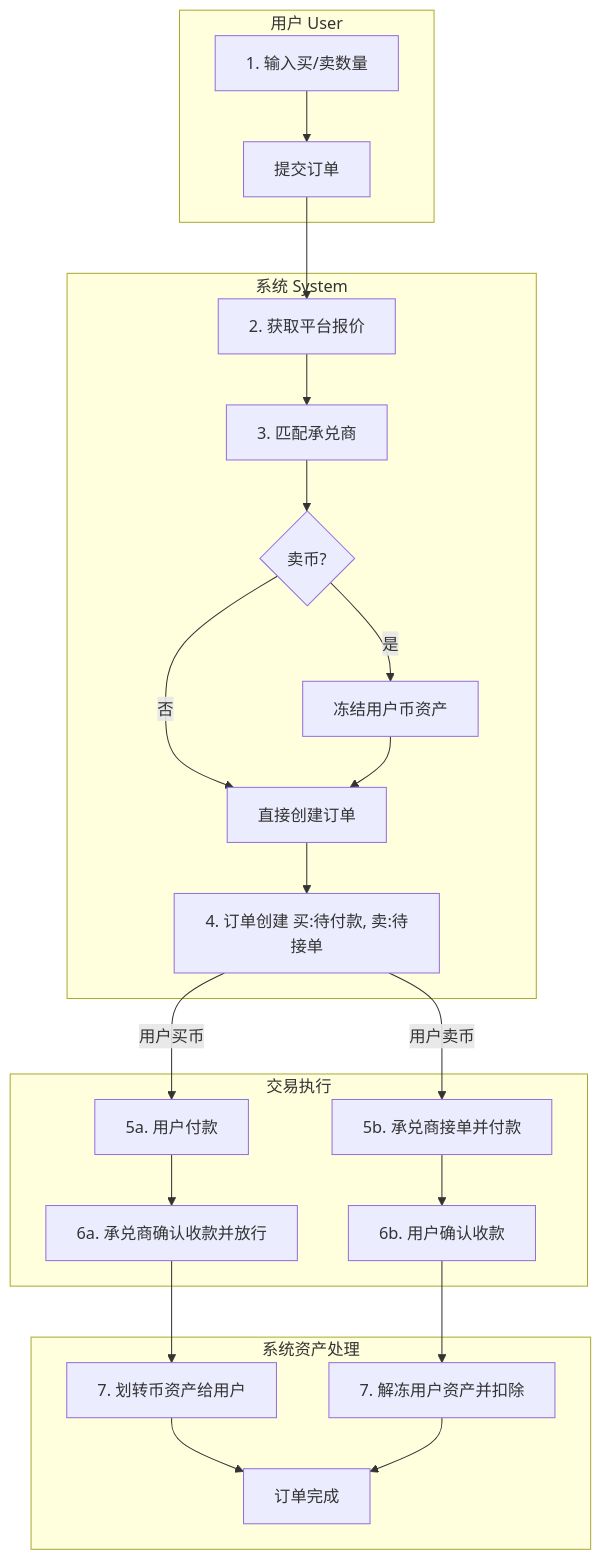
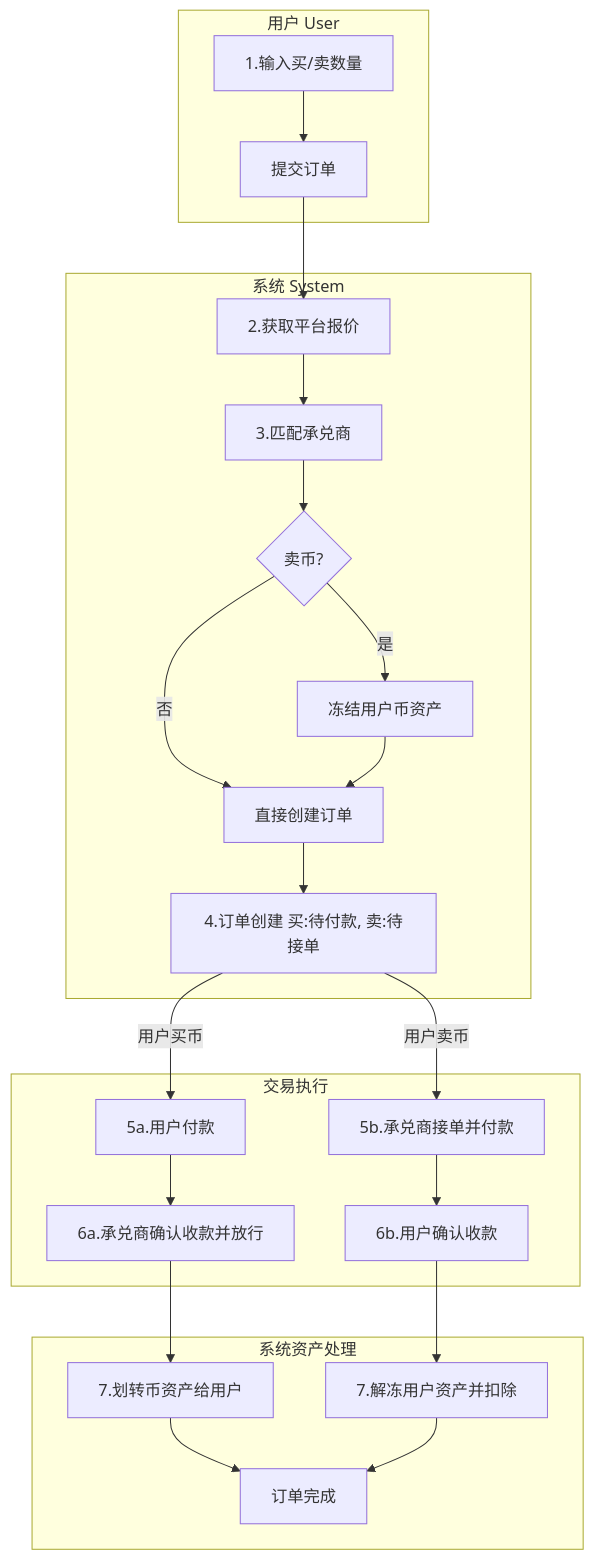
The second of 3 diagrams in doc/21.核心流程串讲 (三) - OTC.md (kick-pixel/btc_eth_bizzan_contract_Exchange_ztuo_jiaoyisuo), drawn with Mermaid before and after one commit. The commit also changed other lines of this file and 12 other files, not shown here.

````diff
--- a/doc/21.核心流程串讲 (三) - OTC.md
+++ b/doc/21.核心流程串讲 (三) - OTC.md
@@ -80,30 +80,30 @@
 ```mermaid
 graph TD
     subgraph 用户 User
-        A[1. 输入买/卖数量] --> B[提交订单];
+        A[1.输入买/卖数量] --> B[提交订单];
     end
 
     subgraph 系统 System
-        B --> C[2. 获取平台报价];
-        C --> D[3. 匹配承兑商];
+        B --> C[2.获取平台报价];
+        C --> D[3.匹配承兑商];
         D --> E{卖币?};
         E -- 是 --> F[冻结用户币资产];
         E -- 否 --> G[直接创建订单];
         F --> G;
-        G --> H[4. 订单创建 买:待付款, 卖:待接单];
+        G --> H[4.订单创建 买:待付款, 卖:待接单];
     end
 
     subgraph 交易执行
-        H -- 用户买币 --> I[5a. 用户付款];
-        I --> J[6a. 承兑商确认收款并放行];
-        H -- 用户卖币 --> K[5b. 承兑商接单并付款];
-        K --> L[6b. 用户确认收款];
+        H -- 用户买币 --> I[5a.用户付款];
+        I --> J[6a.承兑商确认收款并放行];
+        H -- 用户卖币 --> K[5b.承兑商接单并付款];
+        K --> L[6b.用户确认收款];
     end
 
     subgraph 系统资产处理
-        J --> M[7. 划转币资产给用户];
-        L --> N[7. 解冻用户资产并扣除];
+        J --> M[7.划转币资产给用户];
+        L --> N[7.解冻用户资产并扣除];
         M --> O[订单完成];
         N --> O;
     end
 ```
````
